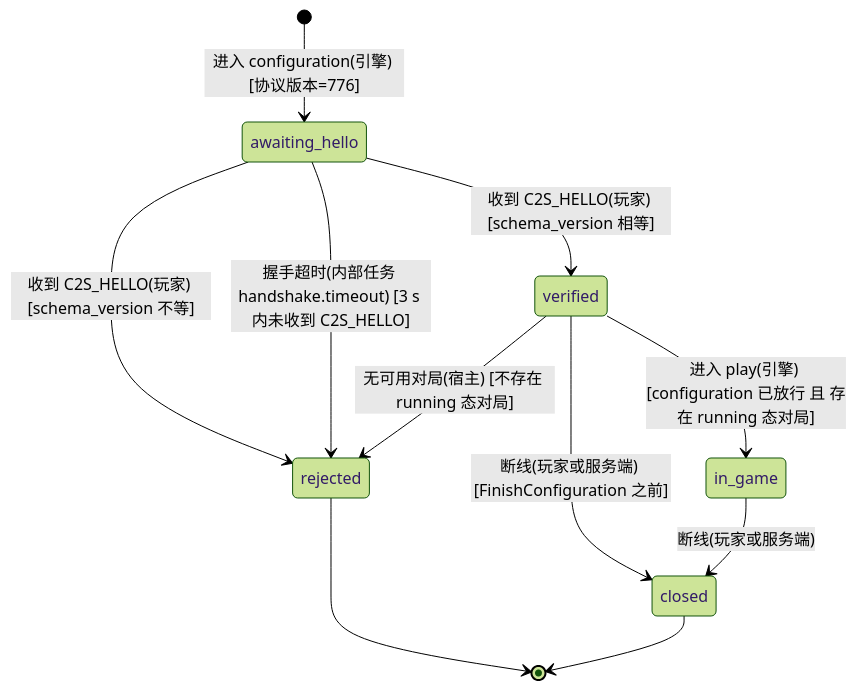
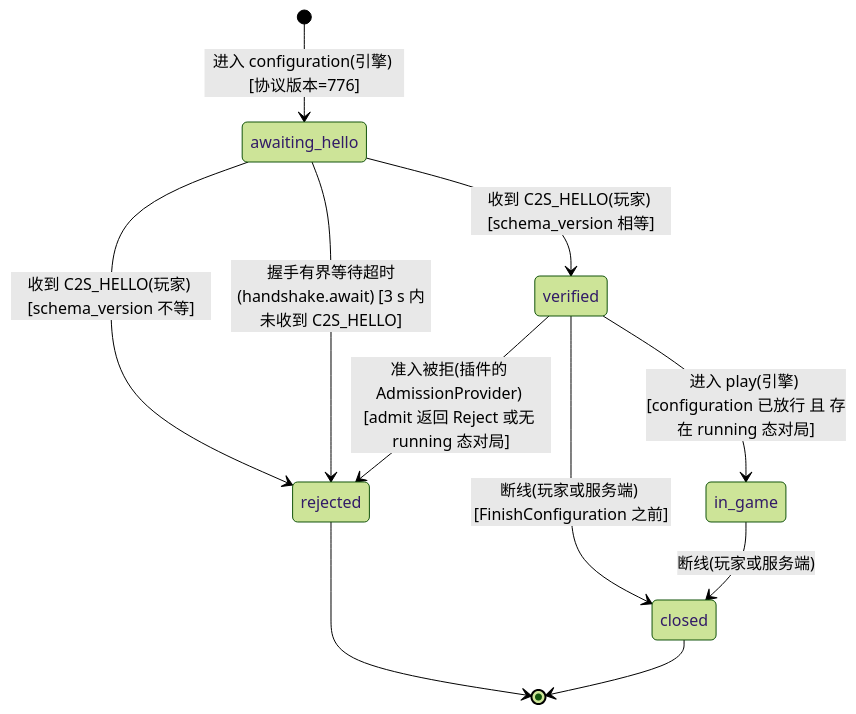
The third of 9 diagrams in docs/DESIGN-M2.md (Bearisbug/synaxis), drawn with Mermaid (forest theme) before and after one commit. The commit also changed other lines of this file and 2 other files, not shown here.

````diff
--- a/docs/DESIGN-M2.md
+++ b/docs/DESIGN-M2.md
@@ -405,13 +441,13 @@
 ```mermaid
 stateDiagram-v2
   [*] --> awaiting_hello : 进入 configuration(引擎) [协议版本=776]
   awaiting_hello --> verified : 收到 C2S_HELLO(玩家) [schema_version 相等]
   awaiting_hello --> rejected : 收到 C2S_HELLO(玩家) [schema_version 不等]
-  awaiting_hello --> rejected : 握手超时(内部任务 handshake.timeout) [3 s 内未收到 C2S_HELLO]
+  awaiting_hello --> rejected : 握手有界等待超时(handshake.await) [3 s 内未收到 C2S_HELLO]
   verified --> in_game : 进入 play(引擎) [configuration 已放行 且 存在 running 态对局]
-  verified --> rejected : 无可用对局(宿主) [不存在 running 态对局]
+  verified --> rejected : 准入被拒(插件的 AdmissionProvider) [admit 返回 Reject 或无 running 态对局]
   verified --> closed : 断线(玩家或服务端) [FinishConfiguration 之前]
   in_game --> closed : 断线(玩家或服务端)
   rejected --> [*]
   closed --> [*]
 ```
````
